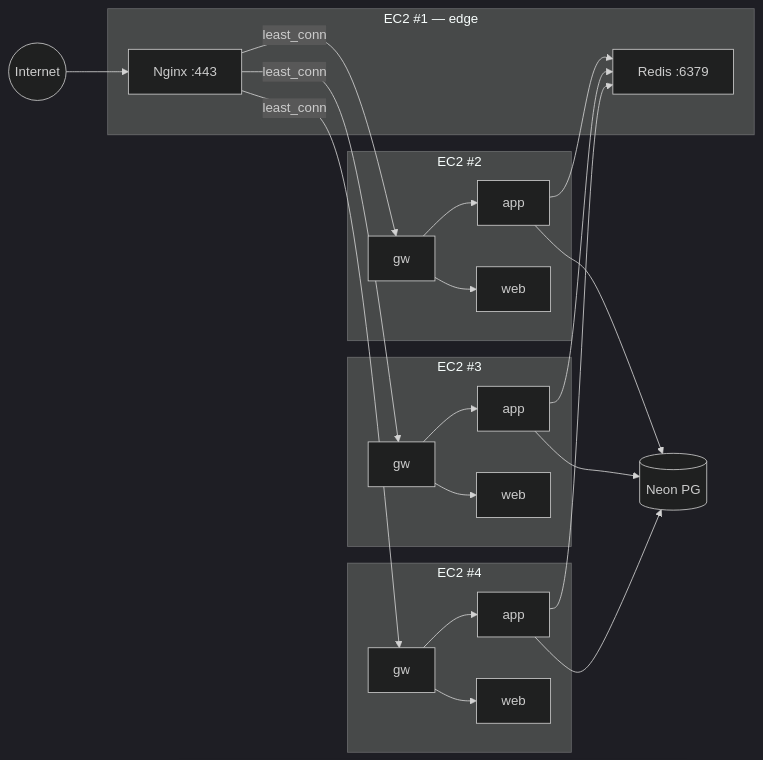
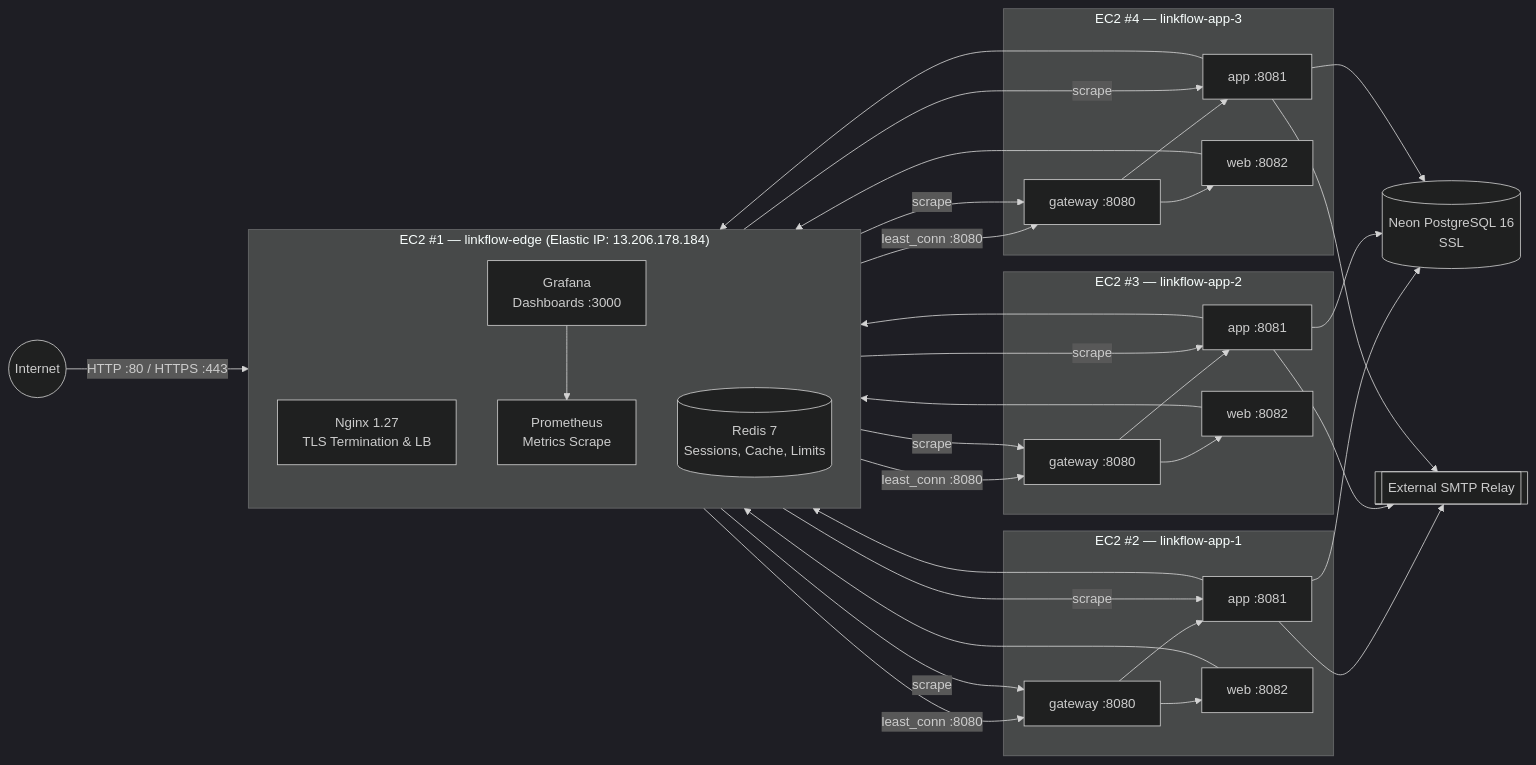
Before and after one commit to SlayerBit/linkflow: the second of 4 diagrams in docs/DEPLOYMENT.md, drawn with Mermaid (dark theme). The commit also changed other lines of this file and 4 other files, not shown here.

Commit message:
docs: update production architecture, deployment, and redesign README for linkflow.slayerbit.me

````diff
--- a/docs/DEPLOYMENT.md
+++ b/docs/DEPLOYMENT.md
@@ -18,23 +47,30 @@
 ```mermaid
 flowchart LR
-    Internet((Internet)) --> Nginx
+    Internet((Internet)) -->|HTTP :80 / HTTPS :443| Nginx
 
-    subgraph Edge["EC2 #1 — edge"]
-        Nginx["Nginx :443"]
-        Redis["Redis :6379"]
+    subgraph Edge["EC2 #1 — linkflow-edge (Elastic IP: 13.206.178.184)"]
+        direction TB
+        Nginx["Nginx 1.27<br/>TLS Termination & LB"]
+        Redis[("Redis 7<br/>Sessions, Cache, Limits")]
+        Prometheus["Prometheus<br/>Metrics Scrape"]
+        Grafana["Grafana<br/>Dashboards :3000"]
+        Grafana --> Prometheus
     end
 
-    subgraph N1["EC2 #2"]
-        GW1["gw"] --> A1["app"] & W1["web"]
+    subgraph N1["EC2 #2 — linkflow-app-1"]
+        GW1["gateway :8080"] --> A1["app :8081"] & W1["web :8082"]
     end
-    subgraph N2["EC2 #3"]
-        GW2["gw"] --> A2["app"] & W2["web"]
+    subgraph N2["EC2 #3 — linkflow-app-2"]
+        GW2["gateway :8080"] --> A2["app :8081"] & W2["web :8082"]
     end
-    subgraph N3["EC2 #4"]
-        GW3["gw"] --> A3["app"] & W3["web"]
+    subgraph N3["EC2 #4 — linkflow-app-3"]
+        GW3["gateway :8080"] --> A3["app :8081"] & W3["web :8082"]
     end
 
-    Nginx -->|"least_conn"| GW1 & GW2 & GW3
-    A1 & A2 & A3 --> PG[(Neon PG)]
+    Nginx -->|"least_conn :8080"| GW1 & GW2 & GW3
+    A1 & A2 & A3 --> PG[(Neon PostgreSQL 16<br/>SSL)]
     A1 & A2 & A3 --> Redis
+    W1 & W2 & W3 --> Redis
+    A1 & A2 & A3 --> SMTP[[External SMTP Relay]]
+    Prometheus -->|scrape| A1 & A2 & A3 & GW1 & GW2 & GW3
 ```
````
